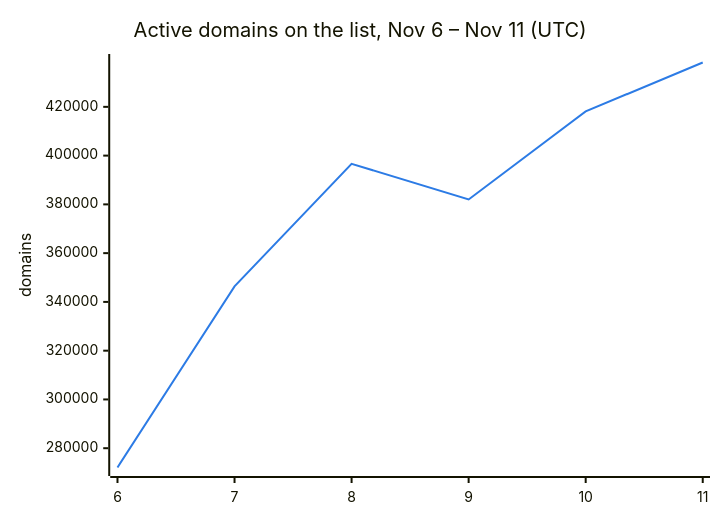
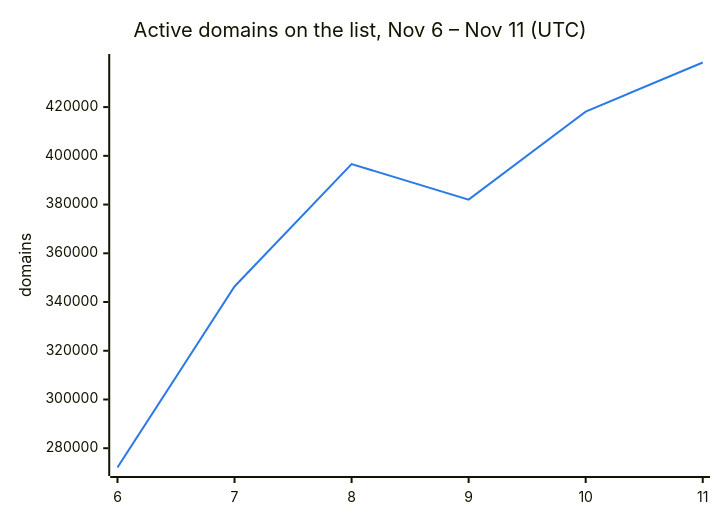
One commit to DNSBunker/CTI changed the second of 3 diagrams in README.md. Above: the diagram before and after it, drawn with Mermaid. The commit also changed other lines of this file and 3 other files, not shown here.

````diff
--- a/README.md
+++ b/README.md
@@ -38,8 +38,8 @@
 ```mermaid
 %%{init: {"themeVariables": {"xyChart": {"plotColorPalette": "#2c7be5"}}}}%%
 xychart-beta
     title "Active domains on the list, Nov 6 – Nov 11 (UTC)"
     x-axis ["6", "7", "8", "9", "10", "11"]
     y-axis "domains"
-    line [272088, 346388, 396638, 382009, 418143, 438188]
+    line [272088, 346388, 396638, 382009, 418143, 438301]
 ```
````
